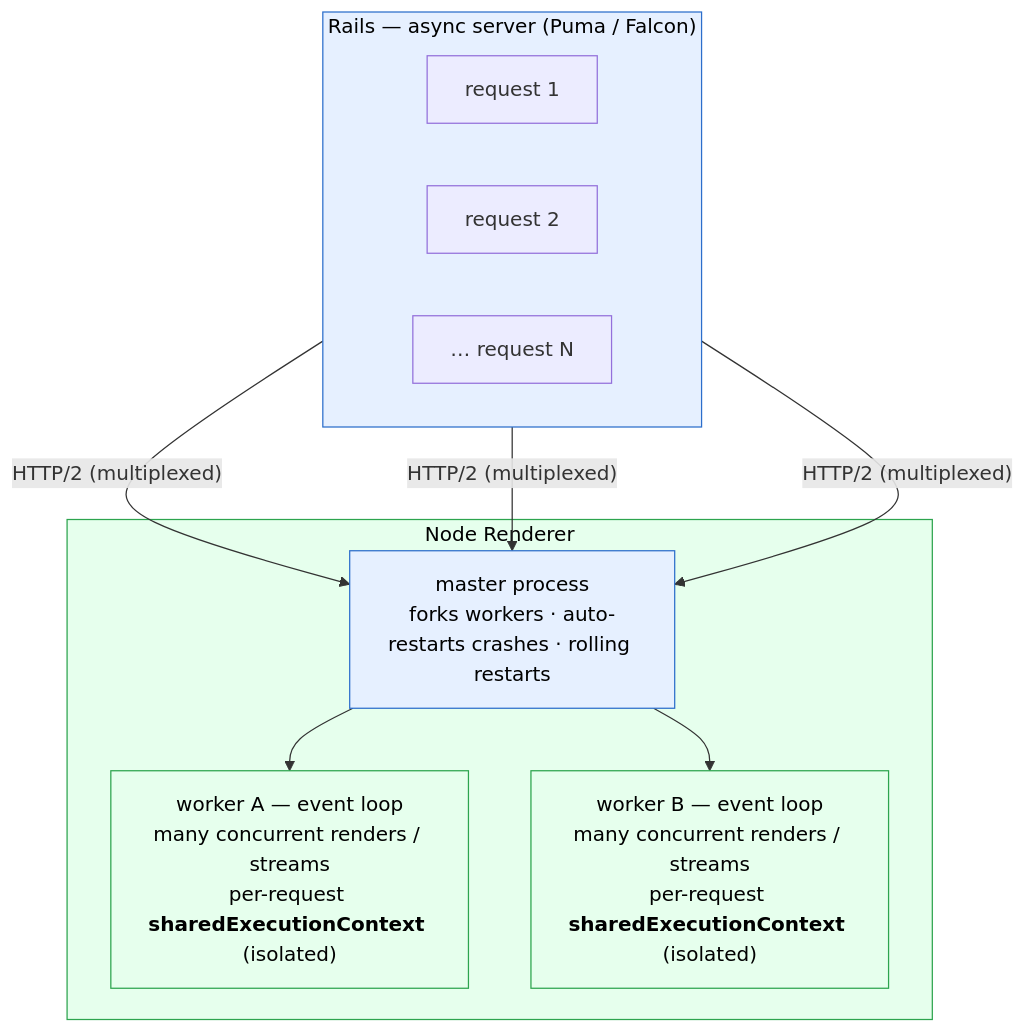
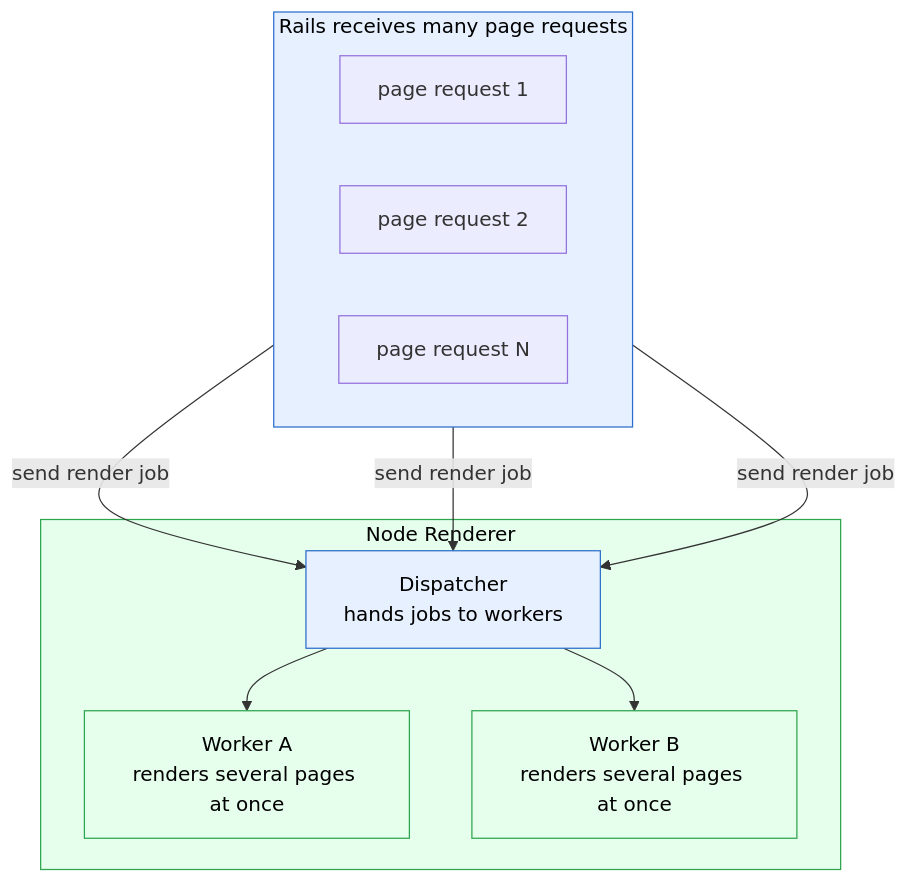
One commit to shakacode/react_on_rails changed the second of 5 diagrams in docs/pro/node-renderer.md. Above: the diagram before and after it, drawn with Mermaid. The commit also changed other lines of this file and 2 other files, not shown here.

Commit message:
Clarify Node renderer diagrams

````diff
--- a/docs/pro/node-renderer.md
+++ b/docs/pro/node-renderer.md
@@ -66,22 +66,22 @@
 ```mermaid
 flowchart TB
-    subgraph Rails["Rails — async server (Puma / Falcon)"]
+    subgraph Rails["Rails receives many page requests"]
         direction LR
-        Req1["request 1"]
-        Req2["request 2"]
-        Req3["… request N"]
+        Req1["page request 1"]
+        Req2["page request 2"]
+        Req3["page request N"]
     end
-    Req1 -- "HTTP/2 (multiplexed)" --> Master
-    Req2 -- "HTTP/2 (multiplexed)" --> Master
-    Req3 -- "HTTP/2 (multiplexed)" --> Master
+    Req1 -- "send render job" --> Master
+    Req2 -- "send render job" --> Master
+    Req3 -- "send render job" --> Master
     subgraph Renderer["Node Renderer"]
-        Master["master process<br/>forks workers · auto-restarts crashes · rolling restarts"]
-        Master --> WA["worker A — event loop<br/>many concurrent renders / streams<br/>per-request <b>sharedExecutionContext</b> (isolated)"]
-        Master --> WB["worker B — event loop<br/>many concurrent renders / streams<br/>per-request <b>sharedExecutionContext</b> (isolated)"]
+        Master["Dispatcher<br/>hands jobs to workers"]
+        Master --> WA["Worker A<br/>renders several pages at once"]
+        Master --> WB["Worker B<br/>renders several pages at once"]
     end
     style Rails fill:#e6f0ff,stroke:#2c6ecb,color:#000
     style Renderer fill:#e6ffed,stroke:#2da44e,color:#000
     style Master fill:#e6f0ff,stroke:#2c6ecb,color:#000
     style WA fill:#e6ffed,stroke:#2da44e,color:#000
     style WB fill:#e6ffed,stroke:#2da44e,color:#000
 ```
````
